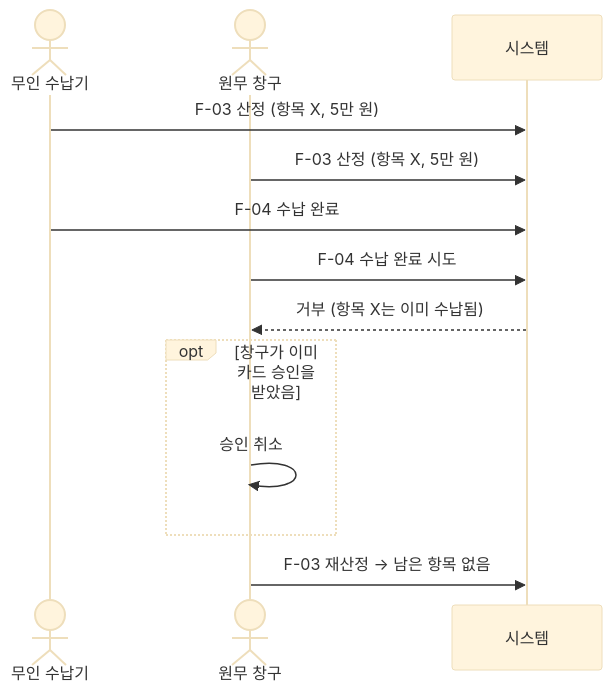
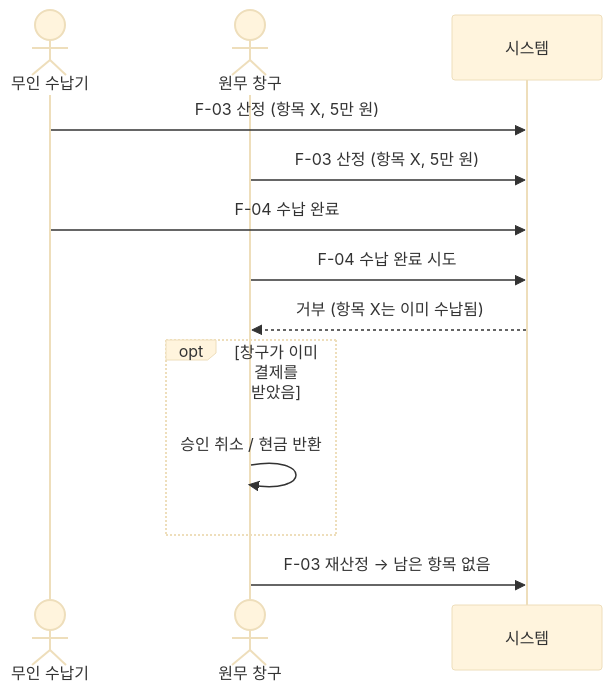
Before and after one commit to ITSTIME1/hts-emr: the fifth of 6 diagrams in docs/domain/01-flow.md, drawn with Mermaid (base theme). The commit also changed other lines of this file and 1 other file, not shown here.

````diff
--- a/docs/domain/01-flow.md
+++ b/docs/domain/01-flow.md
@@ -280,16 +285,16 @@
 ```mermaid
 sequenceDiagram
     actor 수납기 as 무인 수납기
     actor 창구 as 원무 창구
     participant 시스템
 
     수납기->>시스템: F-03 산정 (항목 X, 5만 원)
     창구->>시스템: F-03 산정 (항목 X, 5만 원)
     수납기->>시스템: F-04 수납 완료
     창구->>시스템: F-04 수납 완료 시도
     시스템-->>창구: 거부 (항목 X는 이미 수납됨)
-    opt 창구가 이미 카드 승인을 받았음
-        창구->>창구: 승인 취소
+    opt 창구가 이미 결제를 받았음
+        창구->>창구: 승인 취소 / 현금 반환
     end
     창구->>시스템: F-03 재산정 → 남은 항목 없음
 ```
````
